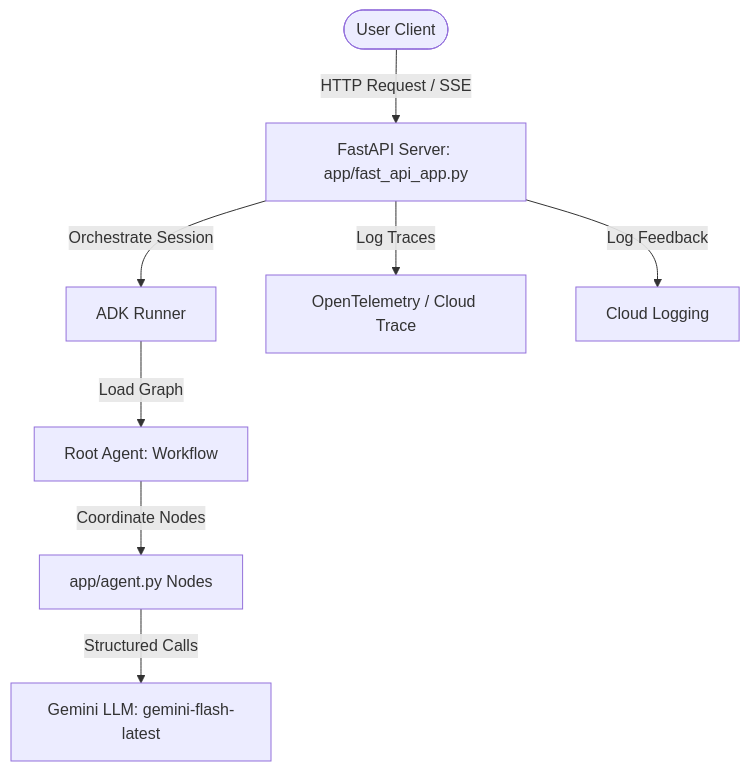
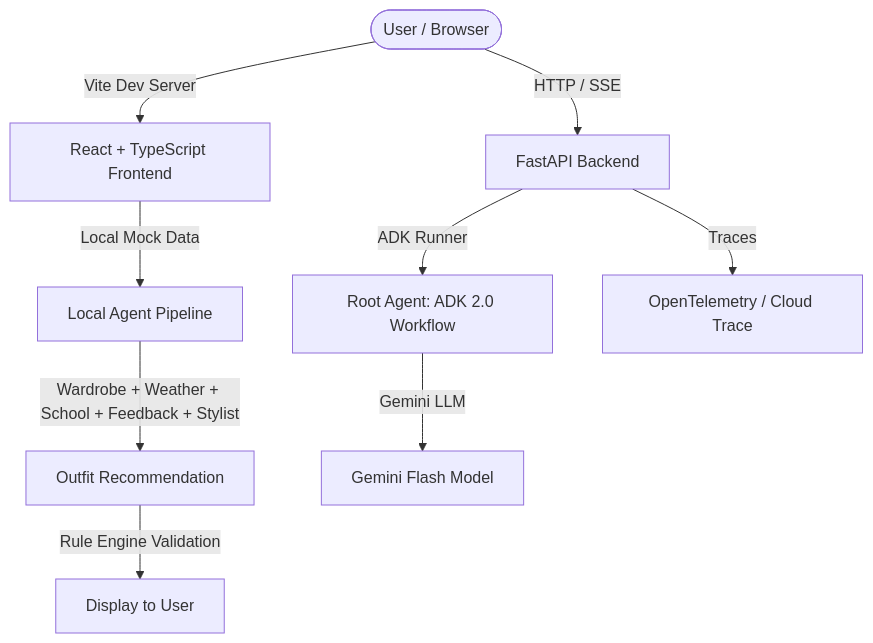
Before and after one commit to luba-proj/smart-school-stylist: the first of 3 diagrams in PROJECT_DOCUMENTATION.md, drawn with Mermaid. The commit also changed other lines of this file and 153 other files, not shown here.

````diff
--- a/PROJECT_DOCUMENTATION.md
+++ b/PROJECT_DOCUMENTATION.md
@@ -42,10 +56,12 @@
 ```mermaid
 graph TD
-    User([User Client]) -->|HTTP Request / SSE| API[FastAPI Server: app/fast_api_app.py]
-    API -->|Orchestrate Session| Runner[ADK Runner]
-    Runner -->|Load Graph| RootAgent[Root Agent: Workflow]
-    RootAgent -->|Coordinate Nodes| Graph[app/agent.py Nodes]
-    Graph -->|Structured Calls| Gemini[Gemini LLM: gemini-flash-latest]
-    API -->|Log Traces| OTEL[OpenTelemetry / Cloud Trace]
-    API -->|Log Feedback| CloudLog[Cloud Logging]
+    User([User / Browser]) -->|Vite Dev Server| Frontend[React + TypeScript Frontend]
+    Frontend -->|Local Mock Data| LocalAgents[Local Agent Pipeline]
+    LocalAgents -->|Wardrobe + Weather + School + Feedback + Stylist| Outfit[Outfit Recommendation]
+    Outfit -->|Rule Engine Validation| Display[Display to User]
+    
+    User -->|HTTP / SSE| API[FastAPI Backend]
+    API -->|ADK Runner| RootAgent[Root Agent: ADK 2.0 Workflow]
+    RootAgent -->|Gemini LLM| Gemini[Gemini Flash Model]
+    API -->|Traces| OTEL[OpenTelemetry / Cloud Trace]
 ```
````
